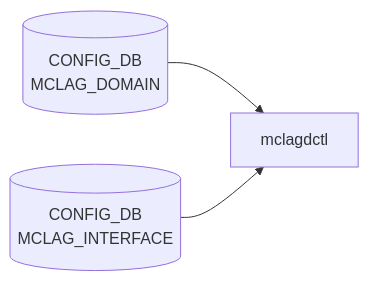
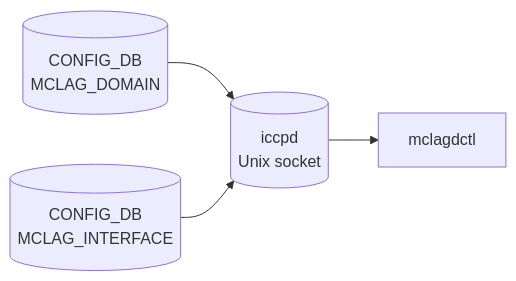
One commit to aoki-taquan/sonic-unofficial-docs changed the diagram in docs/reference/cli/show-mclag.md. Above: the diagram before and after it, drawn with Mermaid. The commit also changed other lines of this file and 4 other files, not shown here.

````diff
--- a/docs/reference/cli/show-mclag.md
+++ b/docs/reference/cli/show-mclag.md
@@ -125,8 +125,10 @@
 ```mermaid
 flowchart LR
   CLI["mclagdctl"]
+  SRC0[("iccpd<br/>Unix socket")]
   CDB0[("CONFIG_DB<br/>MCLAG_DOMAIN")]
-  CDB0 --> CLI
   CDB1[("CONFIG_DB<br/>MCLAG_INTERFACE")]
-  CDB1 --> CLI
+  CDB0 --> SRC0
+  CDB1 --> SRC0
+  SRC0 --> CLI
 ```
````
